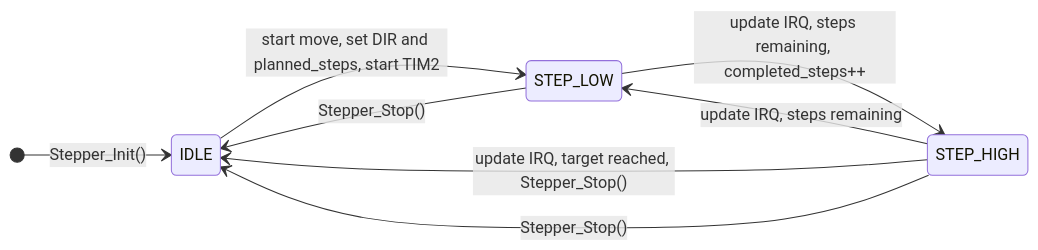
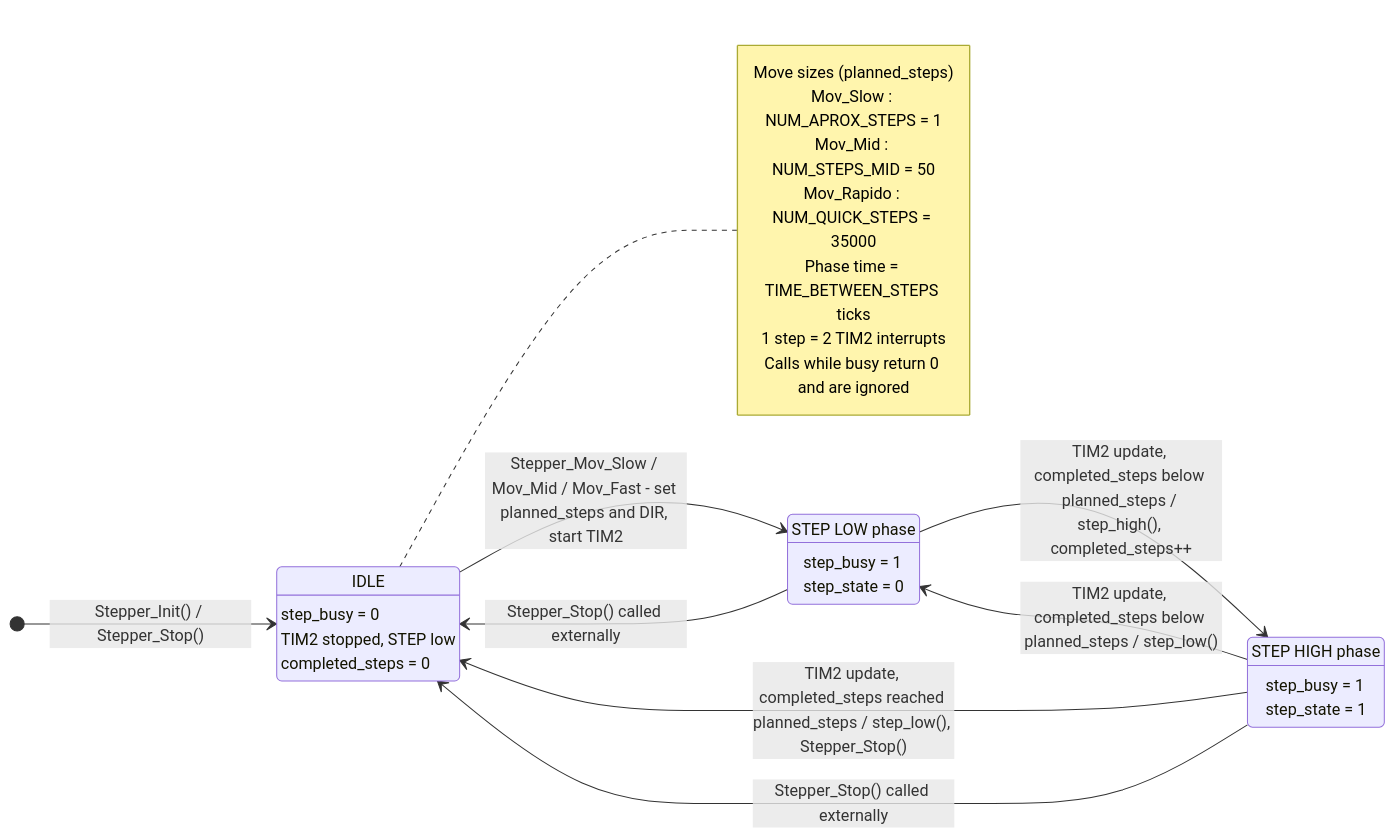
The fourth of 5 diagrams in docs/control.md (foreber-v2/stm32-sinker-edm), drawn with Mermaid before and after one commit. The commit also changed other lines of this file, not shown here.

Commit message:
Update print statement from 'Hello' to 'Goodbye'

````diff
--- a/docs/control.md
+++ b/docs/control.md
@@ -326,14 +348,38 @@
 ```mermaid
 stateDiagram-v2
     direction LR
 
-    [*] --> IDLE : Stepper_Init()
+    [*] --> STEP_IDLE : Stepper_Init() / Stepper_Stop()
 
-    IDLE --> STEP_LOW : start move, set DIR and planned_steps, start TIM2
-    STEP_LOW --> STEP_HIGH : update IRQ, steps remaining, completed_steps++
-    STEP_HIGH --> STEP_LOW : update IRQ, steps remaining
-    STEP_HIGH --> IDLE : update IRQ, target reached, Stepper_Stop()
+STEP_IDLE : IDLE
+STEP_IDLE : step_busy = 0
+STEP_IDLE : TIM2 stopped, STEP low
+STEP_IDLE : completed_steps = 0
 
-    STEP_LOW --> IDLE : Stepper_Stop()
-    STEP_HIGH --> IDLE : Stepper_Stop()
+STEP_LOW : STEP LOW phase
+STEP_LOW : step_busy = 1
+STEP_LOW : step_state = 0
+
+STEP_HIGH : STEP HIGH phase
+STEP_HIGH : step_busy = 1
+STEP_HIGH : step_state = 1
+
+STEP_IDLE --> STEP_LOW : Stepper_Mov_Slow / Mov_Mid / Mov_Fast - set planned_steps and DIR, start TIM2
+
+STEP_LOW --> STEP_HIGH : TIM2 update, completed_steps below planned_steps / step_high(), completed_steps++
+STEP_HIGH --> STEP_LOW : TIM2 update, completed_steps below planned_steps / step_low()
+STEP_HIGH --> STEP_IDLE : TIM2 update, completed_steps reached planned_steps / step_low(), Stepper_Stop()
+
+STEP_LOW --> STEP_IDLE : Stepper_Stop() called externally
+STEP_HIGH --> STEP_IDLE : Stepper_Stop() called externally
+
+note right of STEP_IDLE
+    Move sizes (planned_steps)
+    Mov_Slow : NUM_APROX_STEPS = 1
+    Mov_Mid : NUM_STEPS_MID = 50
+    Mov_Rapido : NUM_QUICK_STEPS = 35000
+    Phase time = TIME_BETWEEN_STEPS ticks
+    1 step = 2 TIM2 interrupts
+    Calls while busy return 0 and are ignored
+end note
 ```
````
